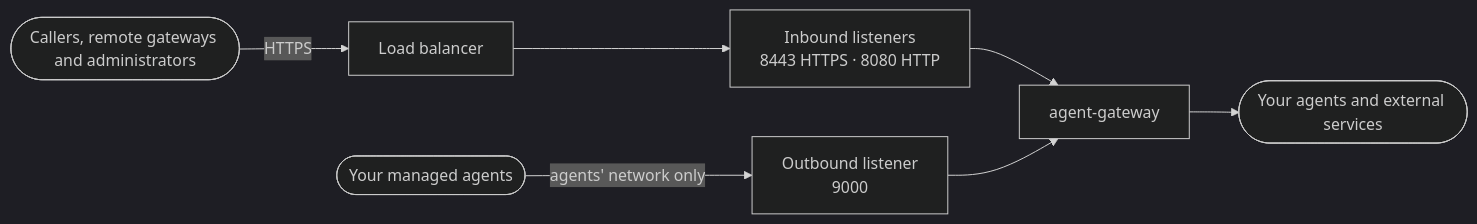
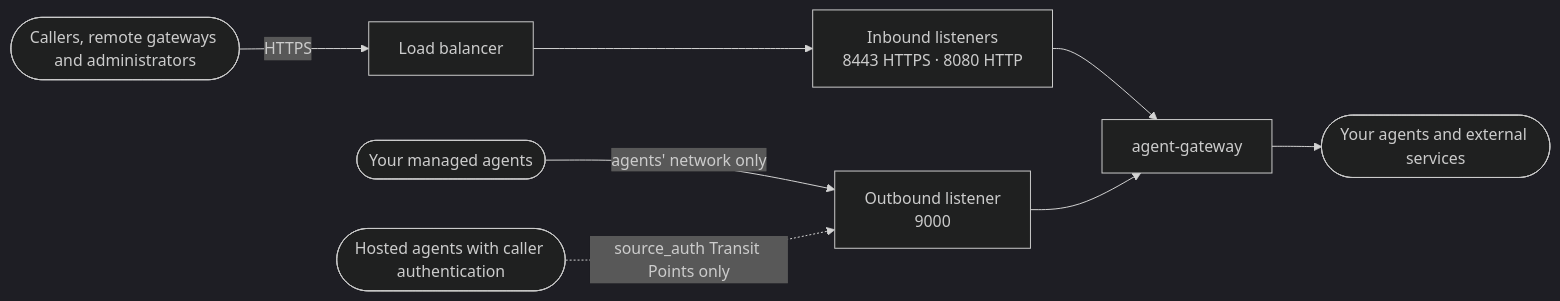
The diagram in docs/DEPLOYMENT_REQUIREMENTS.md (affinidi-ai/agent-gateway), drawn with Mermaid (dark theme) before and after one commit. The commit also changed other lines of this file and 62 other files, not shown here.

````diff
--- a/docs/DEPLOYMENT_REQUIREMENTS.md
+++ b/docs/DEPLOYMENT_REQUIREMENTS.md
@@ -100,9 +100,10 @@
 ```mermaid
 flowchart LR
     Internet([Callers, remote gateways and administrators]) -->|HTTPS| LB[Load balancer]
     LB --> In["Inbound listeners<br/>8443 HTTPS · 8080 HTTP"]
     Agents([Your managed agents]) -->|agents' network only| Out["Outbound listener<br/>9000"]
+    Hosted([Hosted agents with caller authentication]) -.->|source_auth Transit Points only| Out
     In --> GW[agent-gateway]
     Out --> GW
     GW --> Up([Your agents and external services])
 ```
````
